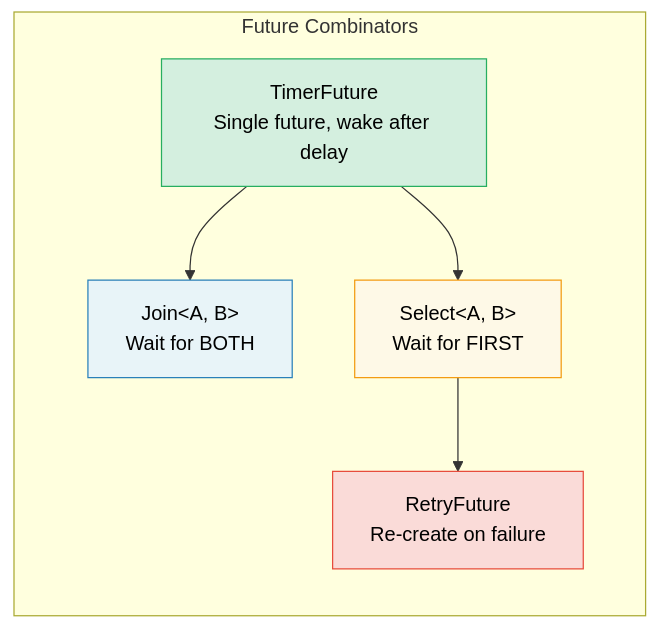
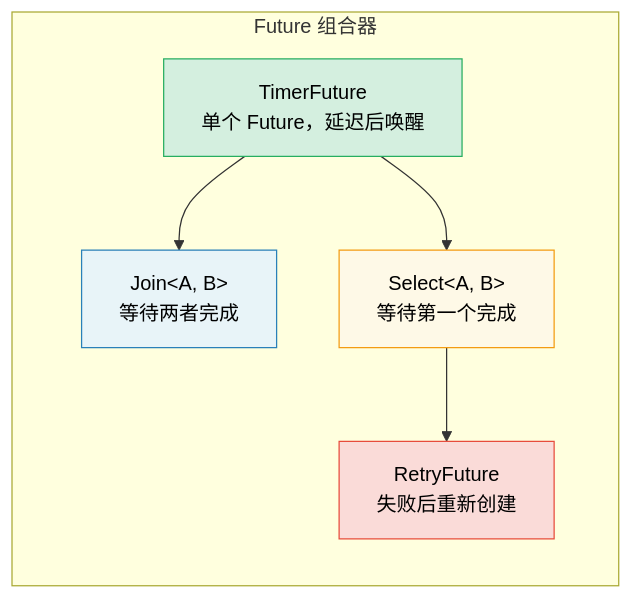
The diagram in async-book/src-zh/ch06-building-futures-by-hand.md (hearsay316/RustTraining), drawn with Mermaid before and after one commit. The commit also changed other lines of this file and 18 other files, not shown here.

````diff
--- a/async-book/src-zh/ch06-building-futures-by-hand.md
+++ b/async-book/src-zh/ch06-building-futures-by-hand.md
@@ -182,19 +182,19 @@
 ```mermaid
 graph LR
-    subgraph "Future Combinators"
+    subgraph "Future 组合器"
         direction TB
-        TIMER["TimerFuture<br/>Single future, wake after delay"]
-        JOIN["Join&lt;A, B&gt;<br/>Wait for BOTH"]
-        SELECT["Select&lt;A, B&gt;<br/>Wait for FIRST"]
-        RETRY["RetryFuture<br/>Re-create on failure"]
+        TIMER["TimerFuture<br/>单个 Future，延迟后唤醒"]
+        JOIN["Join&lt;A, B&gt;<br/>等待两者完成"]
+        SELECT["Select&lt;A, B&gt;<br/>等待第一个完成"]
+        RETRY["RetryFuture<br/>失败后重新创建"]
     end
 
     TIMER --> JOIN
     TIMER --> SELECT
     SELECT --> RETRY
 
     style TIMER fill:#d4efdf,stroke:#27ae60,color:#000
     style JOIN fill:#e8f4f8,stroke:#2980b9,color:#000
     style SELECT fill:#fef9e7,stroke:#f39c12,color:#000
     style RETRY fill:#fadbd8,stroke:#e74c3c,color:#000
 ```
````
